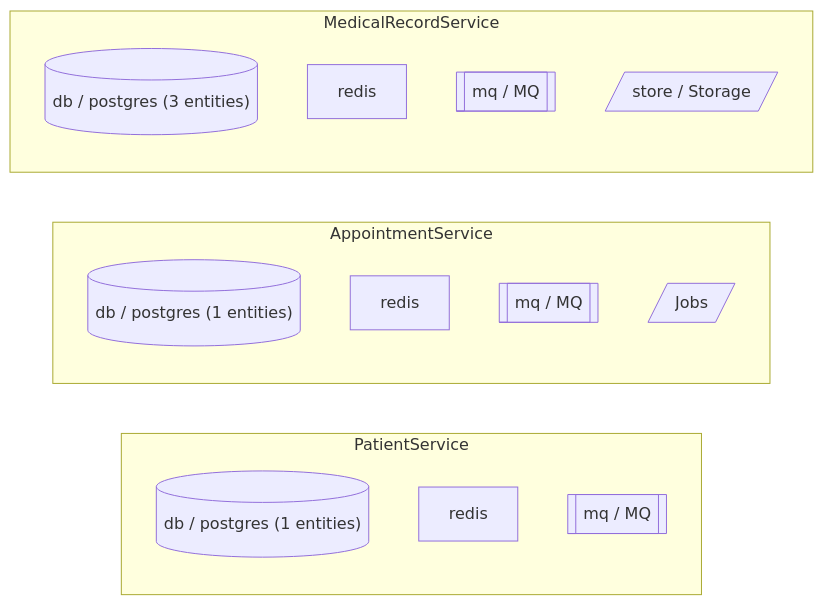
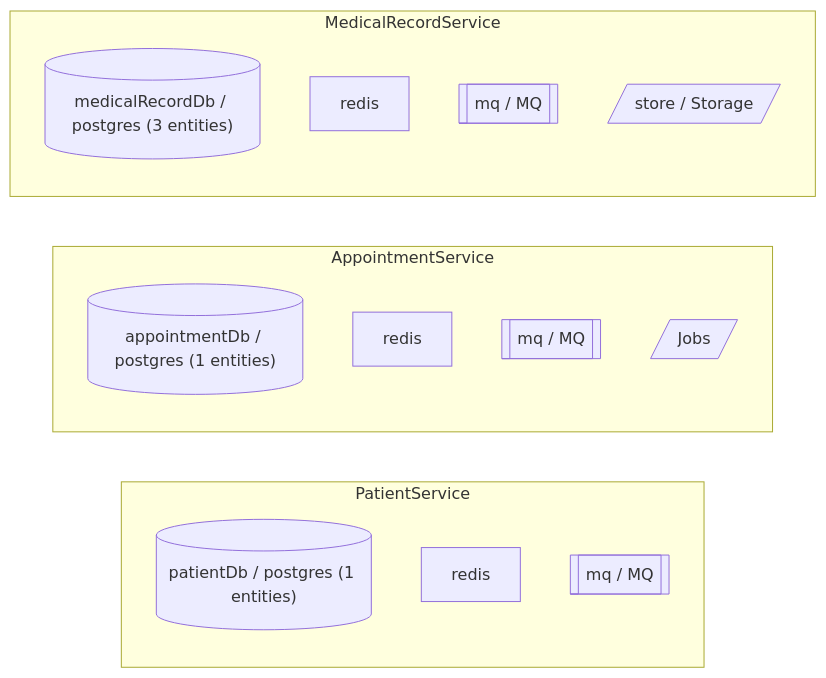
Before and after one commit to keturk/datrix: the diagram in examples/02-domains/healthcare/docs/diagrams/infrastructure.md, drawn with Mermaid. The commit also changed 158 other files, not shown here.

First line of the commit message:
Examples: name RDBMS blocks and align diagrams/docs with multi-datasource style

````diff
--- a/examples/02-domains/healthcare/docs/diagrams/infrastructure.md
+++ b/examples/02-domains/healthcare/docs/diagrams/infrastructure.md
@@ -3,20 +3,20 @@
 ```mermaid
 graph LR
     subgraph "PatientService"
-    patient_service_rdbms_db[("db / postgres (1 entities)")]
+    patient_service_rdbms_patient_db[("patientDb / postgres (1 entities)")]
     patient_service_cache["redis"]
     patient_service_mq_mq[["mq / MQ"]]
     end
     subgraph "AppointmentService"
-    appointment_service_rdbms_db[("db / postgres (1 entities)")]
+    appointment_service_rdbms_appointment_db[("appointmentDb / postgres (1 entities)")]
     appointment_service_cache["redis"]
     appointment_service_mq_mq[["mq / MQ"]]
     appointment_service_jobs[/"Jobs"/]
     end
     subgraph "MedicalRecordService"
-    medical_record_service_rdbms_db[("db / postgres (3 entities)")]
+    medical_record_service_rdbms_medical_record_db[("medicalRecordDb / postgres (3 entities)")]
     medical_record_service_cache["redis"]
     medical_record_service_mq_mq[["mq / MQ"]]
     medical_record_service_storage_store[/"store / Storage"/]
     end
 ```
````
